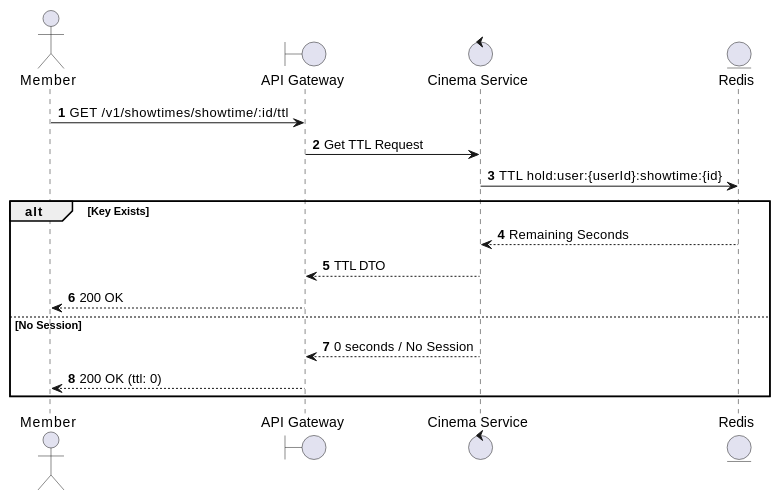
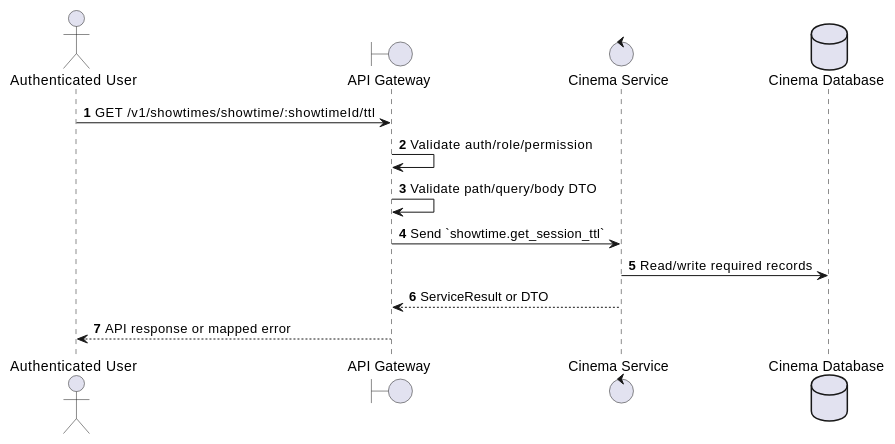
Before and after one commit to Tanh1603/movie-hub-architecture: the first of 2 diagrams in docs/functional_specs/3.4_Showtime_Scheduling/ST-02_Get_Session_TTL.md, drawn with PlantUML. The commit also changed other lines of this file and 126 other files, not shown here.

````diff
--- a/docs/functional_specs/3.4_Showtime_Scheduling/ST-02_Get_Session_TTL.md
+++ b/docs/functional_specs/3.4_Showtime_Scheduling/ST-02_Get_Session_TTL.md
@@ -17,21 +17,17 @@
 ```plantuml
 @startuml
 autonumber
-actor Member
+actor "Authenticated User" as Actor
 boundary "API Gateway" as GW
-control "Cinema Service" as CS
-entity "Redis" as R
+control "Cinema Service" as SVC
+database "Cinema Database" as DB
 
-Member -> GW: GET /v1/showtimes/showtime/:id/ttl
-GW -> CS: Get TTL Request
-CS -> R: TTL hold:user:{userId}:showtime:{id}
-alt Key Exists
-    R --> CS: Remaining Seconds
-    CS --> GW: TTL DTO
-    GW --> Member: 200 OK
-else No Session
-    CS --> GW: 0 seconds / No Session
-    GW --> Member: 200 OK (ttl: 0)
-end
+Actor -> GW: GET /v1/showtimes/showtime/:showtimeId/ttl
+GW -> GW: Validate auth/role/permission
+GW -> GW: Validate path/query/body DTO
+GW -> SVC: Send `showtime.get_session_ttl`
+SVC -> DB: Read/write required records
+SVC --> GW: ServiceResult or DTO
+GW --> Actor: API response or mapped error
 @enduml
 ```
````
